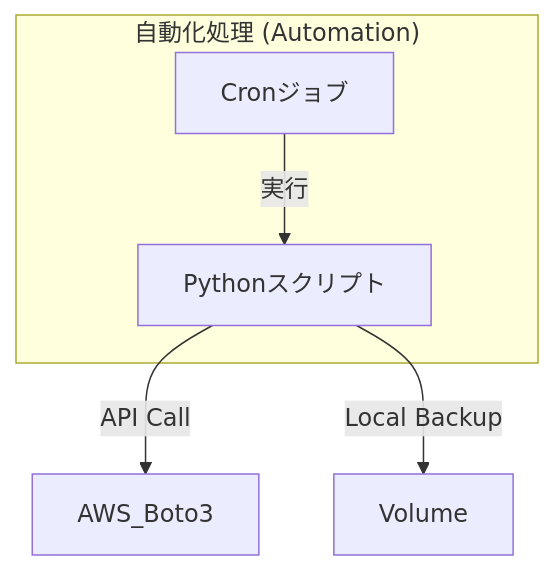
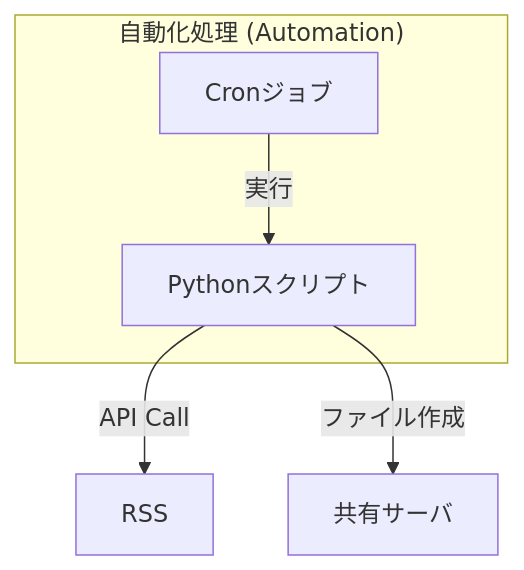
Before and after one commit to qack-dev/homelab: the second of 2 diagrams in README.md, drawn with Mermaid. The commit also changed other lines of this file, not shown here.

````diff
--- a/README.md
+++ b/README.md
@@ -39,10 +43,10 @@
 ```mermaid
 graph TD
     subgraph "自動化処理 (Automation)"
         H[Cronジョブ]
         I[Pythonスクリプト]
     end
     H -- 実行 --> I
-    I -- API Call --> AWS_Boto3
-    I -- Local Backup --> Volume
+    I -- API Call --> RSS
+    I -- ファイル作成 --> 共有サーバ
 ```
````
